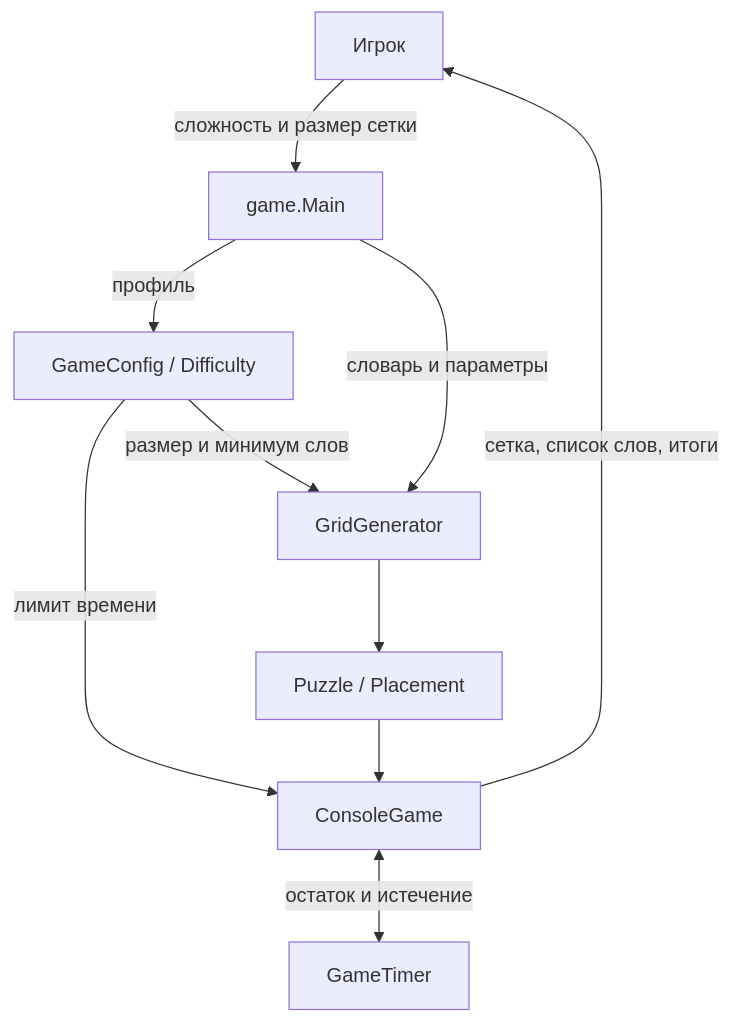
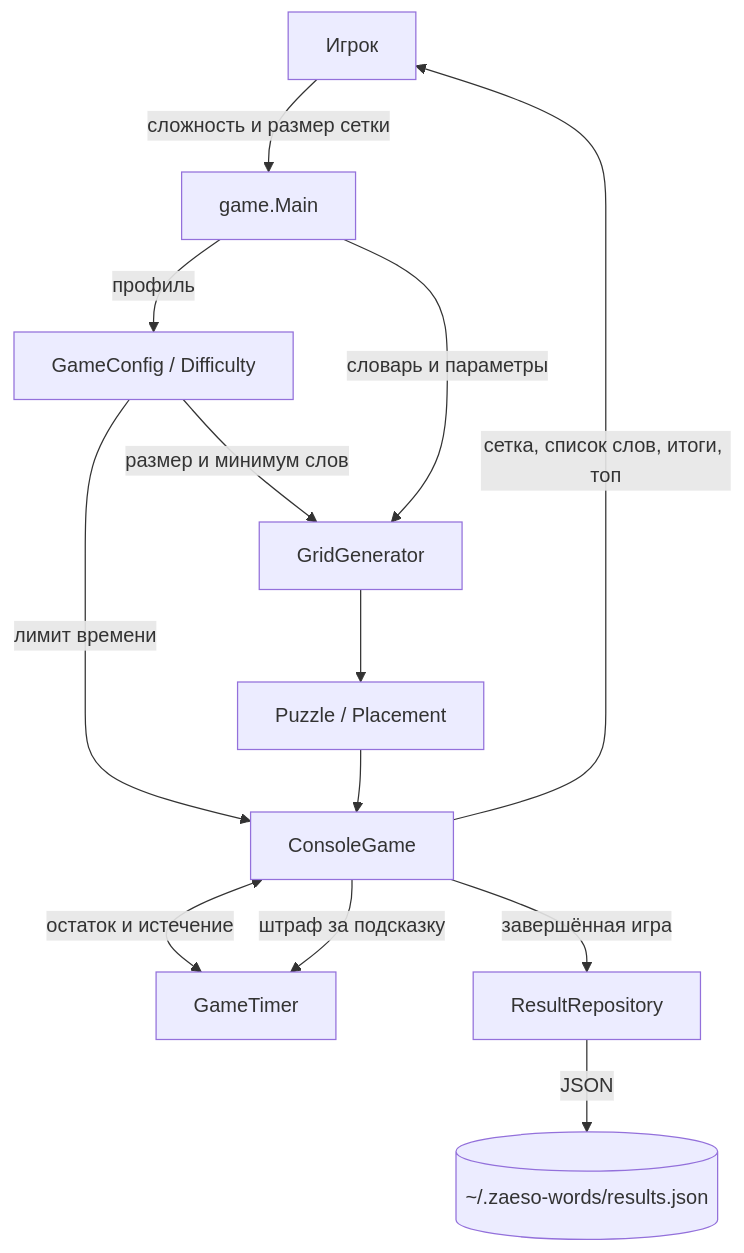
The first of 4 diagrams in zaeso-Words-Roadmap.md (zaeso/zaeso-Words), drawn with Mermaid before and after one commit. The commit also changed other lines of this file and 12 other files, not shown here.

````diff
--- a/zaeso-Words-Roadmap.md
+++ b/zaeso-Words-Roadmap.md
@@ -102,12 +110,15 @@
 ```mermaid
 flowchart TB
     U["Игрок"] -->|"сложность и размер сетки"| M["game.Main"]
     M -->|"профиль"| CFG["GameConfig / Difficulty"]
     CFG -->|"размер и минимум слов"| G["GridGenerator"]
     CFG -->|"лимит времени"| C["ConsoleGame"]
     M -->|"словарь и параметры"| G
     G --> P["Puzzle / Placement"]
     P --> C
     C <-->|"остаток и истечение"| T["GameTimer"]
-    C -->|"сетка, список слов, итоги"| U
+    C -->|"штраф за подсказку"| T
+    C -->|"завершённая игра"| R["ResultRepository"]
+    R -->|"JSON"| S[("~/.zaeso-words/results.json")]
+    C -->|"сетка, список слов, итоги, топ"| U
 ```
````
